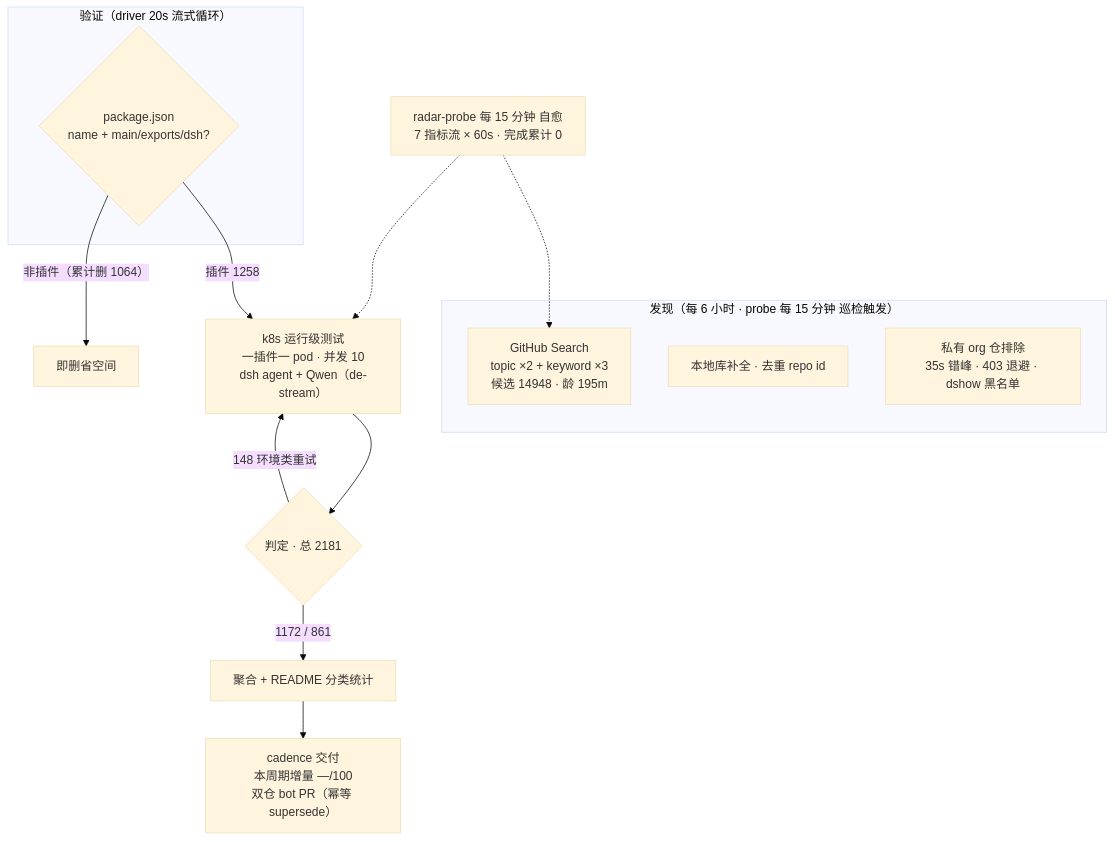
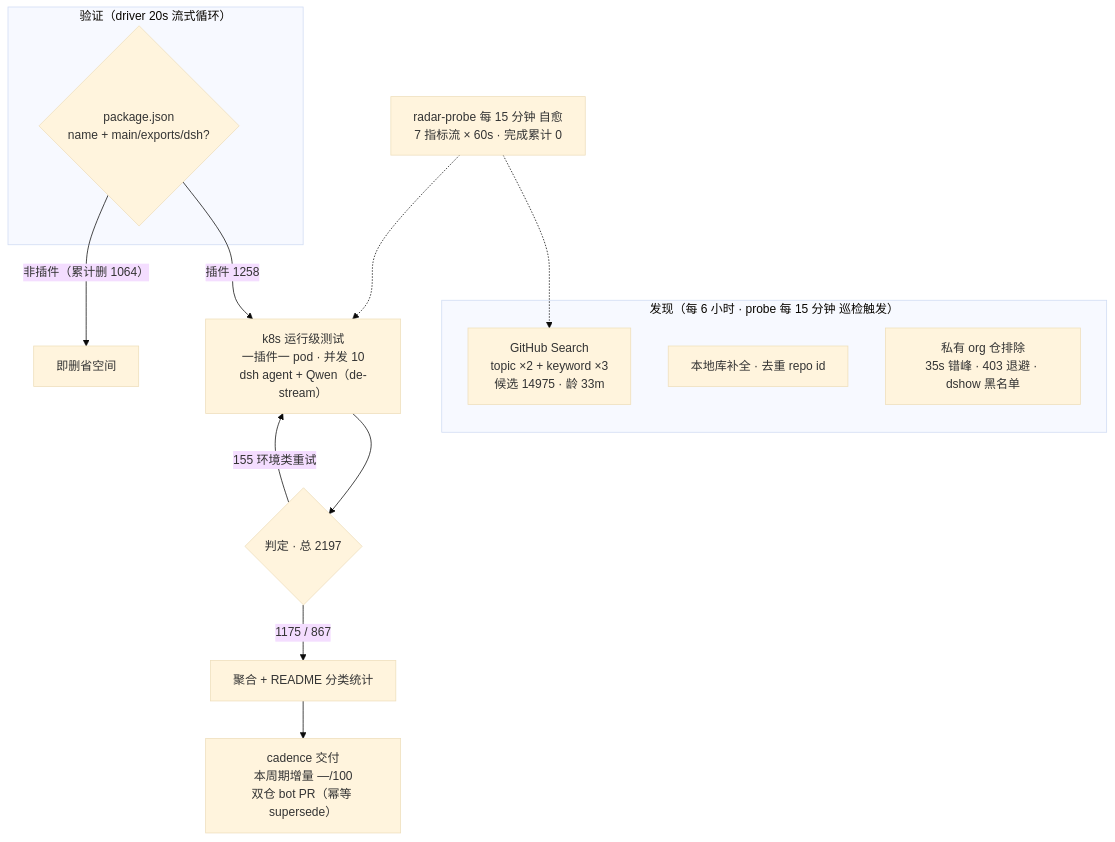
The diagram in README.md (Zhidao-Lab-OSS/awesome-dsh-plugins), drawn with Mermaid (base theme) before and after one commit. The commit also changed other lines of this file and 1 other file, not shown here.

````diff
--- a/README.md
+++ b/README.md
@@ -37,20 +37,20 @@
 ```mermaid
 flowchart TB
     subgraph Discovery["发现（每 6 小时 · probe 每 15 分钟 巡检触发）"]
-        A1["GitHub Search<br/>topic ×2 + keyword ×3<br/>候选 14948 · 龄 195m"]
+        A1["GitHub Search<br/>topic ×2 + keyword ×3<br/>候选 14975 · 龄 33m"]
         A2["本地库补全 · 去重 repo id"]
         A3["私有 org 仓排除<br/>35s 错峰 · 403 退避 · dshow 黑名单"]
     end
     subgraph Validation["验证（driver 20s 流式循环）"]
         B1{"package.json<br/>name + main/exports/dsh?"}
     end
     B1 -->|"插件 1258"| C1["k8s 运行级测试<br/>一插件一 pod · 并发 10<br/>dsh agent + Qwen（de-stream）"]
     B1 -->|"非插件（累计删 1064）"| B3["即删省空间"]
-    C1 --> D1{"判定 · 总 2181"}
-    D1 -->|"1172 / 861"| E1["聚合 + README 分类统计"]
-    D1 -->|"148 环境类重试"| C1
+    C1 --> D1{"判定 · 总 2197"}
+    D1 -->|"1175 / 867"| E1["聚合 + README 分类统计"]
+    D1 -->|"155 环境类重试"| C1
     E1 --> E2["cadence 交付<br/>本周期增量 —/100<br/>双仓 bot PR（幂等 supersede）"]
     M["radar-probe 每 15 分钟 自愈<br/>7 指标流 × 60s · 完成累计 0"]
     M -.-> A1
     M -.-> C1
 ```
````
